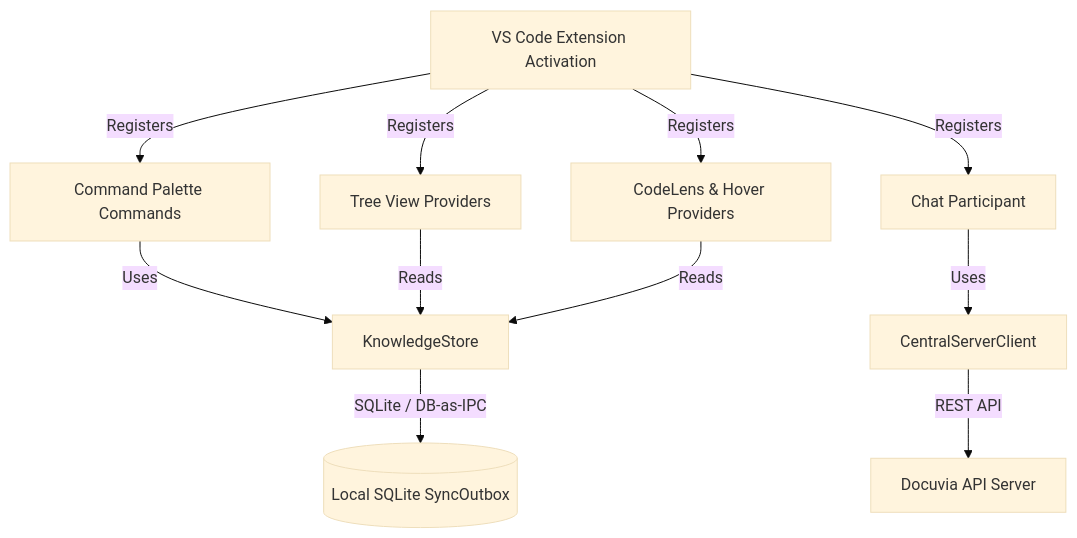
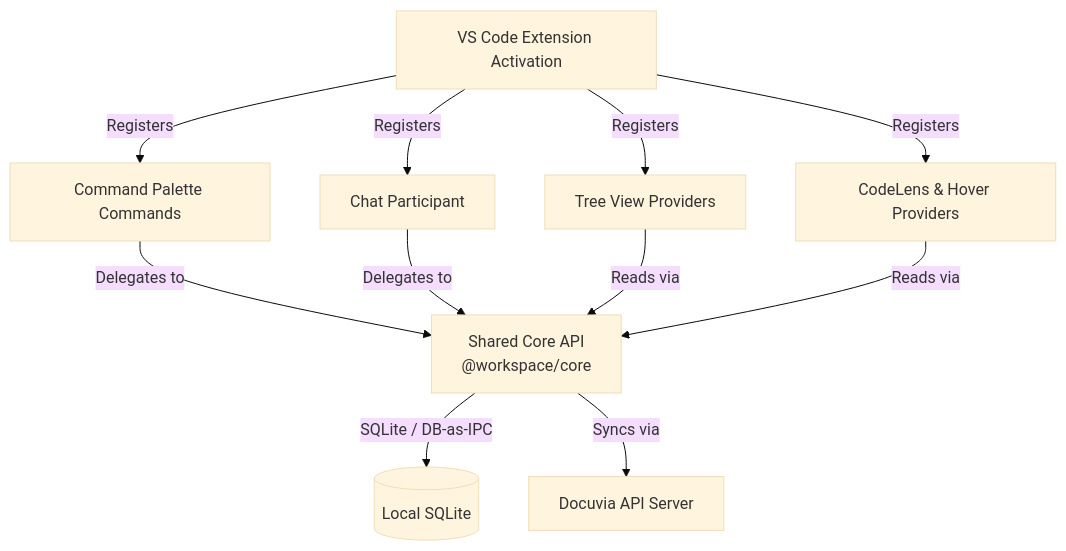
Before and after one commit to dyphn1/Docuvia: the diagram in docs/design/vscode-client/00-router-overview.md, drawn with Mermaid (base theme). The commit also changed other lines of this file and 87 other files, not shown here.

First line of the commit message:
refactor(core): align vscode-client with core-driven architecture (ADR-021)

````diff
--- a/docs/design/vscode-client/00-router-overview.md
+++ b/docs/design/vscode-client/00-router-overview.md
@@ -9,15 +13,15 @@
 ```mermaid
 graph TD
     VSC[VS Code Extension Activation] -->|Registers| CP[Command Palette Commands]
     VSC -->|Registers| Chat[Chat Participant]
     VSC -->|Registers| Tree[Tree View Providers]
     VSC -->|Registers| Edit[CodeLens & Hover Providers]
 
-    CP -->|Uses| Store[KnowledgeStore]
-    Chat -->|Uses| Client[CentralServerClient]
-    Tree -->|Reads| Store
-    Edit -->|Reads| Store
+    CP -->|Delegates to| Core[Shared Core API<br/>@workspace/core]
+    Chat -->|Delegates to| Core
+    Tree -->|Reads via| Core
+    Edit -->|Reads via| Core
 
-    Store -->|SQLite / DB-as-IPC| DB[(Local SQLite SyncOutbox)]
-    Client -->|REST API| Server[Docuvia API Server]
+    Core -->|SQLite / DB-as-IPC| DB[(Local SQLite)]
+    Core -->|Syncs via| Server[Docuvia API Server]
 ```
````
